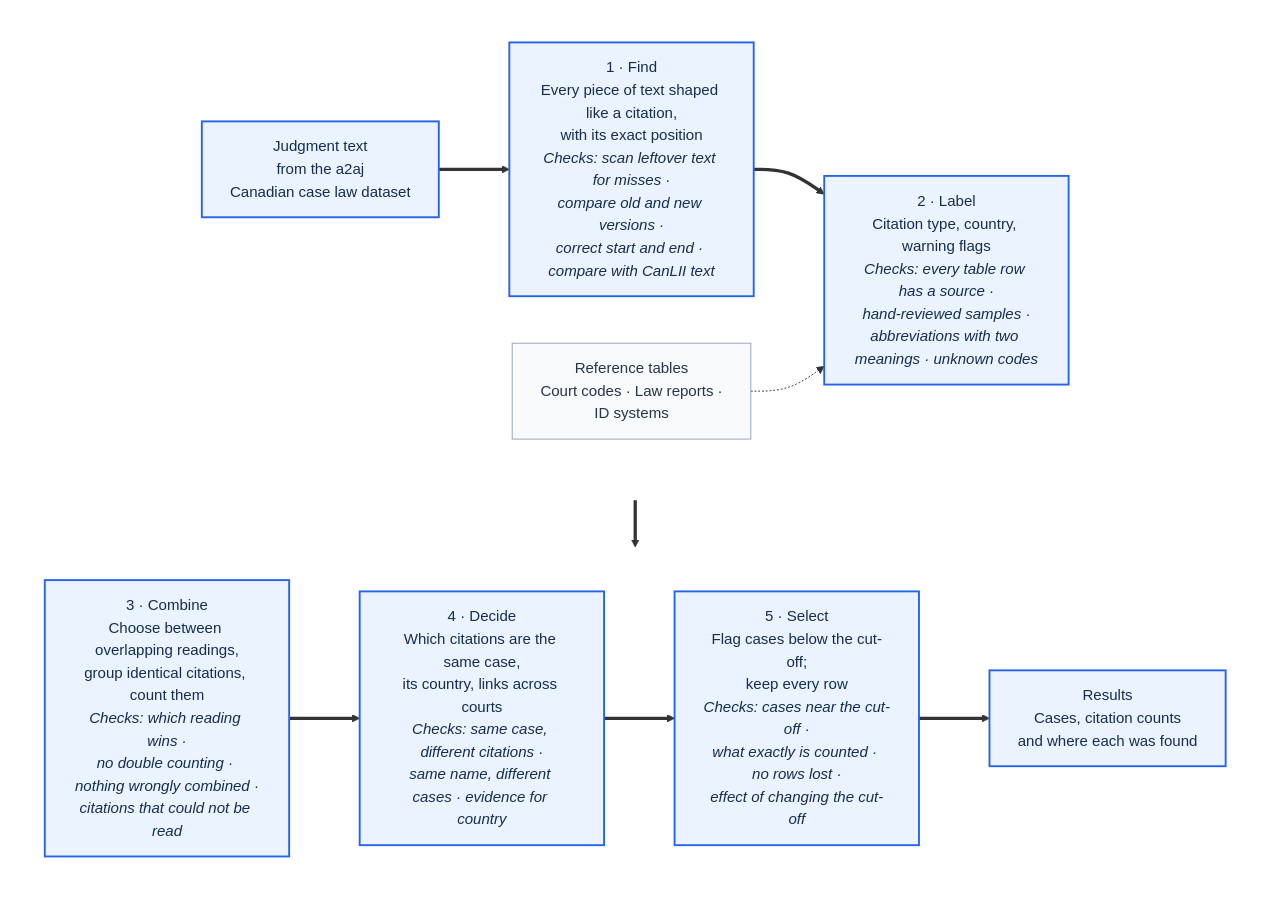
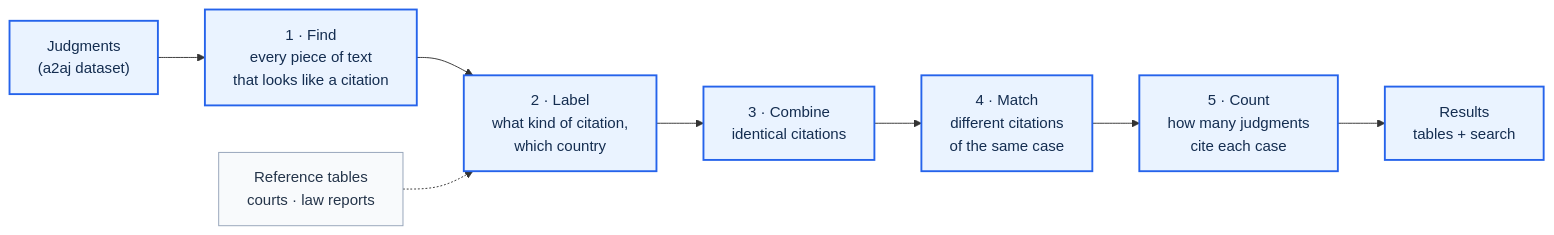
Before and after one commit to yubow47-bot/case-citation-pipeline: the first of 2 diagrams in README.md, drawn with Mermaid.

Commit message:
Use the simple one-row pipeline diagram

````diff
--- a/README.md
+++ b/README.md
@@ -87,30 +87,19 @@
 ```mermaid
-flowchart TB
-    subgraph ROW1[" "]
-        direction LR
-        J["Judgment text<br/>from the a2aj<br/>Canadian case law dataset"]
-        E["1 · Find<br/>Every piece of text shaped like a citation,<br/>with its exact position<br/><i>Checks: scan leftover text for misses ·<br/>compare old and new versions ·<br/>correct start and end · compare with CanLII text</i>"]
-        C["2 · Label<br/>Citation type, country, warning flags<br/><i>Checks: every table row has a source ·<br/>hand-reviewed samples ·<br/>abbreviations with two meanings · unknown codes</i>"]
-        T["Reference tables<br/>Court codes · Law reports ·<br/>ID systems"]
-        J ==> E ==> C
-        T -.-> C
-    end
+flowchart LR
+    J["Judgments<br/>(a2aj dataset)"]
+    E["1 · Find<br/>every piece of text<br/>that looks like a citation"]
+    C["2 · Label<br/>what kind of citation,<br/>which country"]
+    M["3 · Combine<br/>identical citations"]
+    D["4 · Match<br/>different citations<br/>of the same case"]
+    S["5 · Count<br/>how many judgments<br/>cite each case"]
+    O["Results<br/>tables + search"]
+    T["Reference tables<br/>courts · law reports"]
 
-    subgraph ROW2[" "]
-        direction LR
-        M["3 · Combine<br/>Choose between overlapping readings,<br/>group identical citations, count them<br/><i>Checks: which reading wins ·<br/>no double counting · nothing wrongly combined ·<br/>citations that could not be read</i>"]
-        D["4 · Decide<br/>Which citations are the same case,<br/>its country, links across courts<br/><i>Checks: same case, different citations ·<br/>same name, different cases · evidence for country</i>"]
-        S["5 · Select<br/>Flag cases below the cut-off;<br/>keep every row<br/><i>Checks: cases near the cut-off ·<br/>what exactly is counted · no rows lost ·<br/>effect of changing the cut-off</i>"]
-        O["Results<br/>Cases, citation counts<br/>and where each was found"]
-        M ==> D ==> S ==> O
-    end
-
-    ROW1 ==> ROW2
+    J --> E --> C --> M --> D --> S --> O
+    T -.-> C
 
     classDef main fill:#eaf3ff,stroke:#2563eb,stroke-width:2px,color:#142d50;
     classDef support fill:#f8fafc,stroke:#94a3b8,color:#25354a;
     class J,E,C,M,D,S,O main;
     class T support;
-    style ROW1 fill:none,stroke:none
-    style ROW2 fill:none,stroke:none
 ```
````
